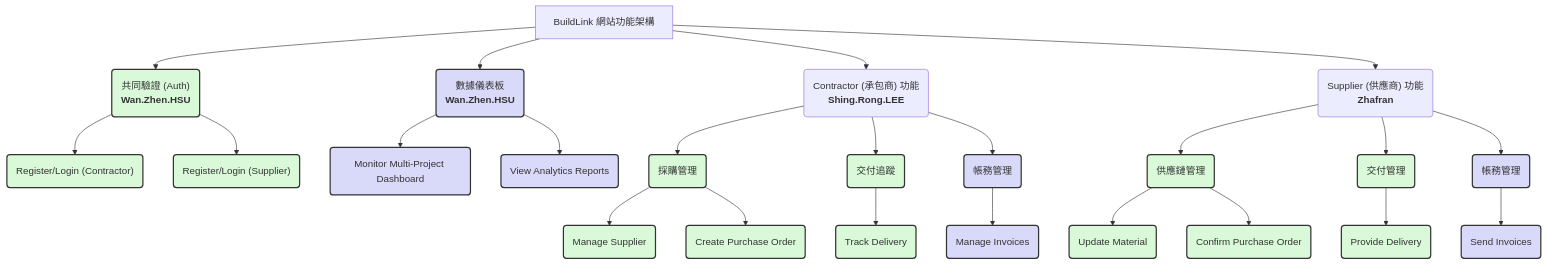
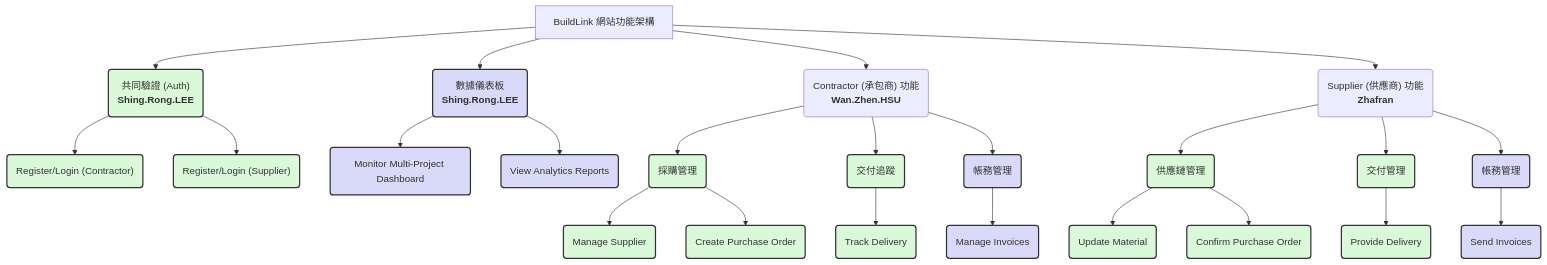
Before and after one commit to Wanzhennnnnnnnnnnn/Team4: the diagram in README.md, drawn with Mermaid.

Commit message:
no message

````diff
--- a/README.md
+++ b/README.md
@@ -2,50 +2,50 @@
 ```mermaid
 flowchart TD
     A[BuildLink 網站功能架構]
 
     %% --- HSU 的工作 ---
-    A --> C("共同驗證 (Auth)<br><b>Wan.Zhen.HSU</b>")
+    A --> C("共同驗證 (Auth)<br><b>Shing.Rong.LEE</b>")
     C --> C1("Register/Login (Contractor)")
     C --> C2("Register/Login (Supplier)")
     
-    A --> F("數據儀表板<br><b>Wan.Zhen.HSU</b>")
+    A --> F("數據儀表板<br><b>Shing.Rong.LEE</b>")
     F --> F1(Monitor Multi-Project Dashboard)
     F --> F2(View Analytics Reports)
 
     %% --- LEE 的工作 ---
-    A --> B("Contractor (承包商) 功能<br><b>Shing.Rong.LEE</b>")
+    A --> B("Contractor (承包商) 功能<br><b>Wan.Zhen.HSU</b>")
     B --> D("採購管理")
     D --> D1(Manage Supplier)
     D --> D2(Create Purchase Order)
     
     B --> E("交付追蹤")
     E --> E1(Track Delivery)
 
     B --> F_Sub("帳務管理")
     F_Sub --> F_Sub1(Manage Invoices)
 
 
     %% --- Zafran 的工作 ---
     A --> G("Supplier (供應商) 功能<br><b>Zhafran</b>")
     G --> I("供應鏈管理")
     I --> I1(Update Material)
     I --> I2(Confirm Purchase Order)
     
     G --> J("交付管理")
     J --> J1(Provide Delivery)
     
     G --> K("帳務管理")
     K --> K1(Send Invoices)
 
 
     %% --- 顏色定義 (實作優先權) ---
     
     %% MVP (高優先) - 綠色
     classDef highPriority fill:#d9f9d9,stroke:#333,stroke-width:2px;
     %% Full-Featured (低優先) - 藍色
     classDef lowPriority fill:#d9d9f9,stroke:#333,stroke-width:2px;
 
     %% --- 應用顏色 ---
     class C,C1,C2,D,D1,D2,E,E1,I,I1,I2,J,J1 highPriority
     class F,F1,F2,F_Sub,F_Sub1,K,K1 lowPriority
    ```
````
